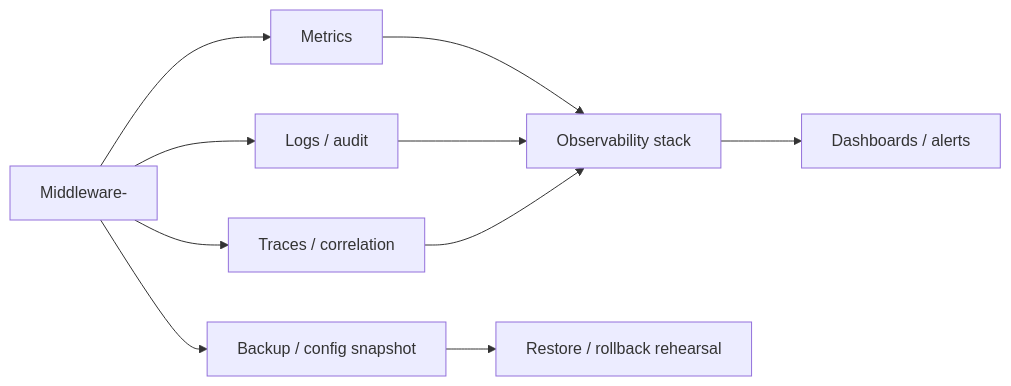
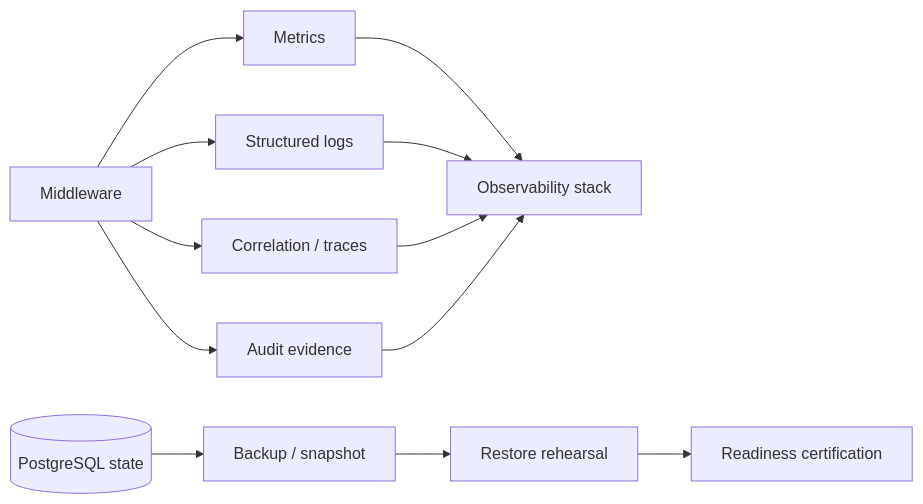
One commit to appolon1908/Middleware- changed the seventh of 8 diagrams in docs/ARCHITECTURE-CHARTS.md. Above: the diagram before and after it, drawn with Mermaid. The commit also changed other lines of this file and 19 other files, not shown here.

````diff
--- a/docs/ARCHITECTURE-CHARTS.md
+++ b/docs/ARCHITECTURE-CHARTS.md
@@ -61,12 +249,16 @@
 ```mermaid
 flowchart LR
- R["Middleware-"] --> M["Metrics"]
- R --> L["Logs / audit"]
- R --> T["Traces / correlation"]
- M --> O["Observability stack"]
- L --> O
- T --> O
- O --> A["Dashboards / alerts"]
- R --> B["Backup / config snapshot"]
- B --> RR["Restore / rollback rehearsal"]
+    M[Middleware] --> MET[Metrics]
+    M --> LOG[Structured logs]
+    M --> TR[Correlation / traces]
+    M --> AUD[Audit evidence]
+
+    MET --> OBS[Observability stack]
+    LOG --> OBS
+    TR --> OBS
+    AUD --> OBS
+
+    DB[(PostgreSQL state)] --> BK[Backup / snapshot]
+    BK --> RR[Restore rehearsal]
+    RR --> RDY[Readiness certification]
 ```
````
